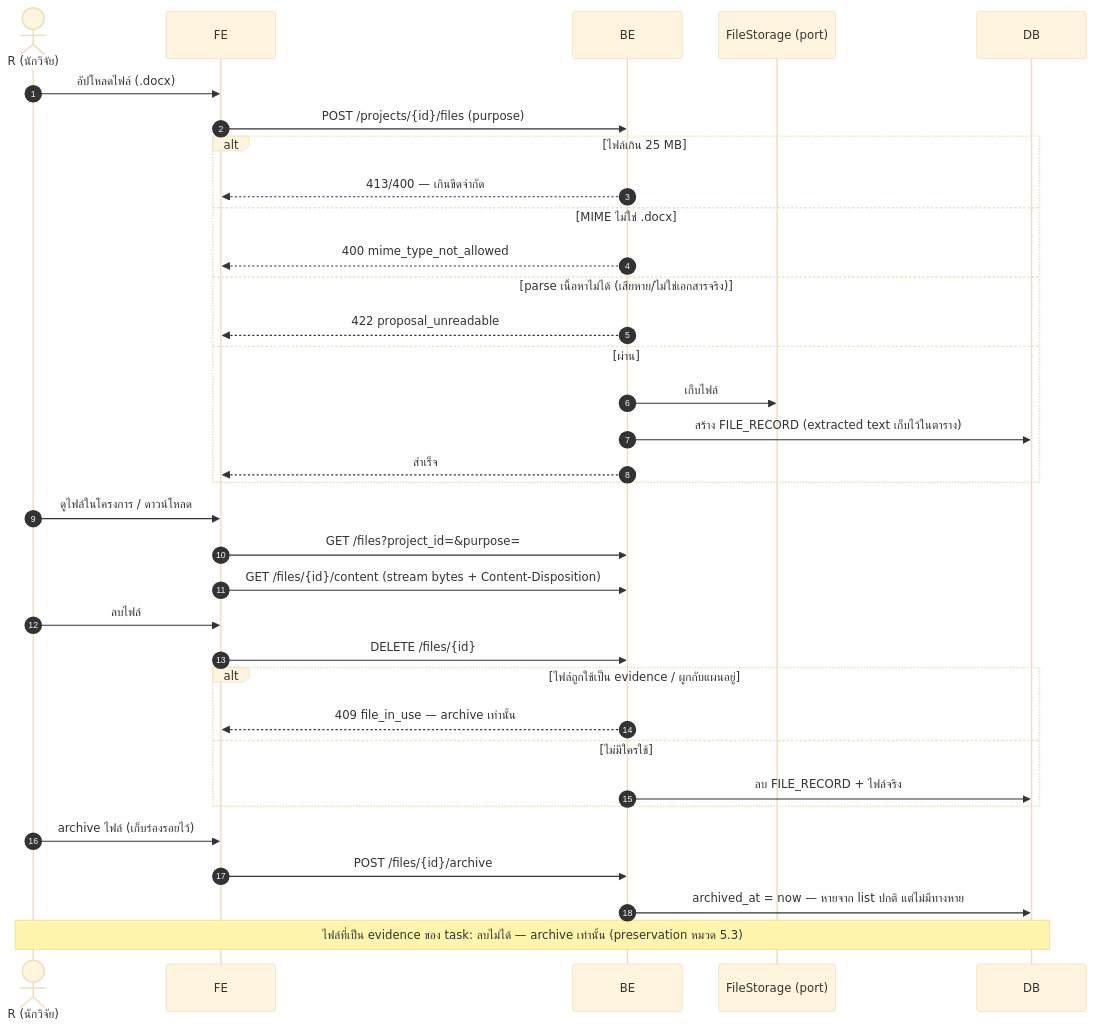
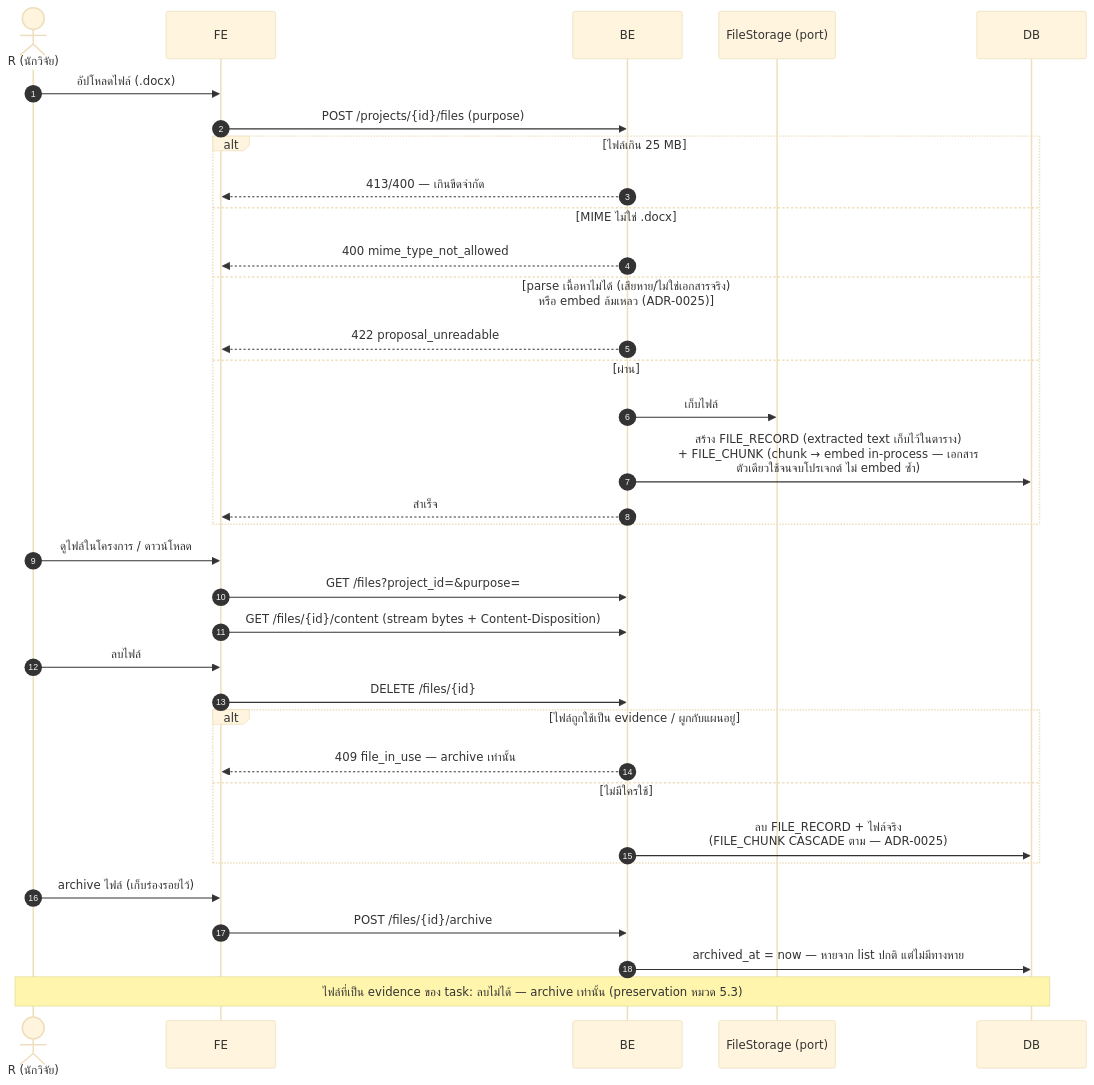
Diagram 18 of 18 in docs/architecture/sequence-diagrams.md (Open-Science-and-Data-management/Backend), drawn with Mermaid (base theme) before and after one commit. The commit also changed other lines of this file and 5 other files, not shown here.

````diff
--- a/docs/architecture/sequence-diagrams.md
+++ b/docs/architecture/sequence-diagrams.md
@@ -696,39 +699,39 @@
 ```mermaid
 sequenceDiagram
     autonumber
     actor R as R (นักวิจัย)
     participant FE as FE
     participant BE as BE
     participant FS as FileStorage (port)
     participant DB as DB
 
     R->>FE: อัปโหลดไฟล์ (.docx)
     FE->>BE: POST /projects/{id}/files (purpose)
     alt ไฟล์เกิน 25 MB
         BE-->>FE: 413/400 — เกินขีดจำกัด
     else MIME ไม่ใช่ .docx
         BE-->>FE: 400 mime_type_not_allowed
-    else parse เนื้อหาไม่ได้ (เสียหาย/ไม่ใช่เอกสารจริง)
+    else parse เนื้อหาไม่ได้ (เสียหาย/ไม่ใช่เอกสารจริง)<br/>หรือ embed ล้มเหลว (ADR-0025)
         BE-->>FE: 422 proposal_unreadable
     else ผ่าน
         BE->>FS: เก็บไฟล์
-        BE->>DB: สร้าง FILE_RECORD (extracted text เก็บไว้ในตาราง)
+        BE->>DB: สร้าง FILE_RECORD (extracted text เก็บไว้ในตาราง)<br/>+ FILE_CHUNK (chunk → embed in-process — เอกสาร<br/>ตัวเดียวใช้จนจบโปรเจกต์ ไม่ embed ซ้ำ)
         BE-->>FE: สำเร็จ
     end
 
     R->>FE: ดูไฟล์ในโครงการ / ดาวน์โหลด
     FE->>BE: GET /files?project_id=&purpose=
     FE->>BE: GET /files/{id}/content (stream bytes + Content-Disposition)
 
     R->>FE: ลบไฟล์
     FE->>BE: DELETE /files/{id}
     alt ไฟล์ถูกใช้เป็น evidence / ผูกกับแผนอยู่
         BE-->>FE: 409 file_in_use — archive เท่านั้น
     else ไม่มีใครใช้
-        BE->>DB: ลบ FILE_RECORD + ไฟล์จริง
+        BE->>DB: ลบ FILE_RECORD + ไฟล์จริง<br/>(FILE_CHUNK CASCADE ตาม — ADR-0025)
     end
     R->>FE: archive ไฟล์ (เก็บร่องรอยไว้)
     FE->>BE: POST /files/{id}/archive
     BE->>DB: archived_at = now — หายจาก list ปกติ แต่ไม่มีทางหาย
     Note over R,DB: ไฟล์ที่เป็น evidence ของ task: ลบไม่ได้ — archive เท่านั้น (preservation หมวด 5.3)
 ```
````
